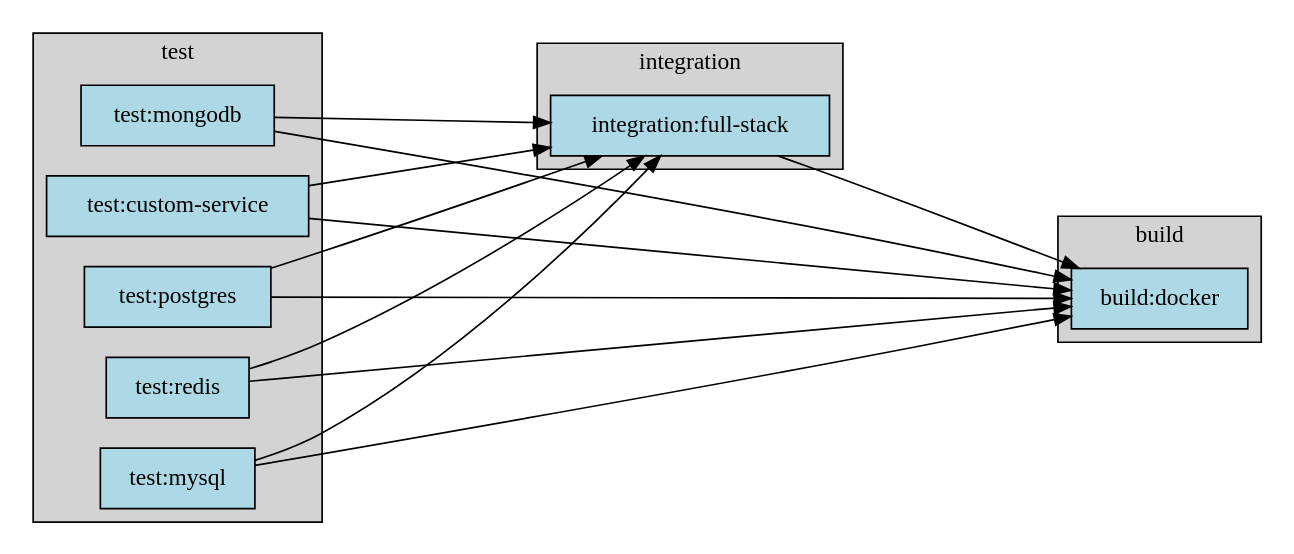
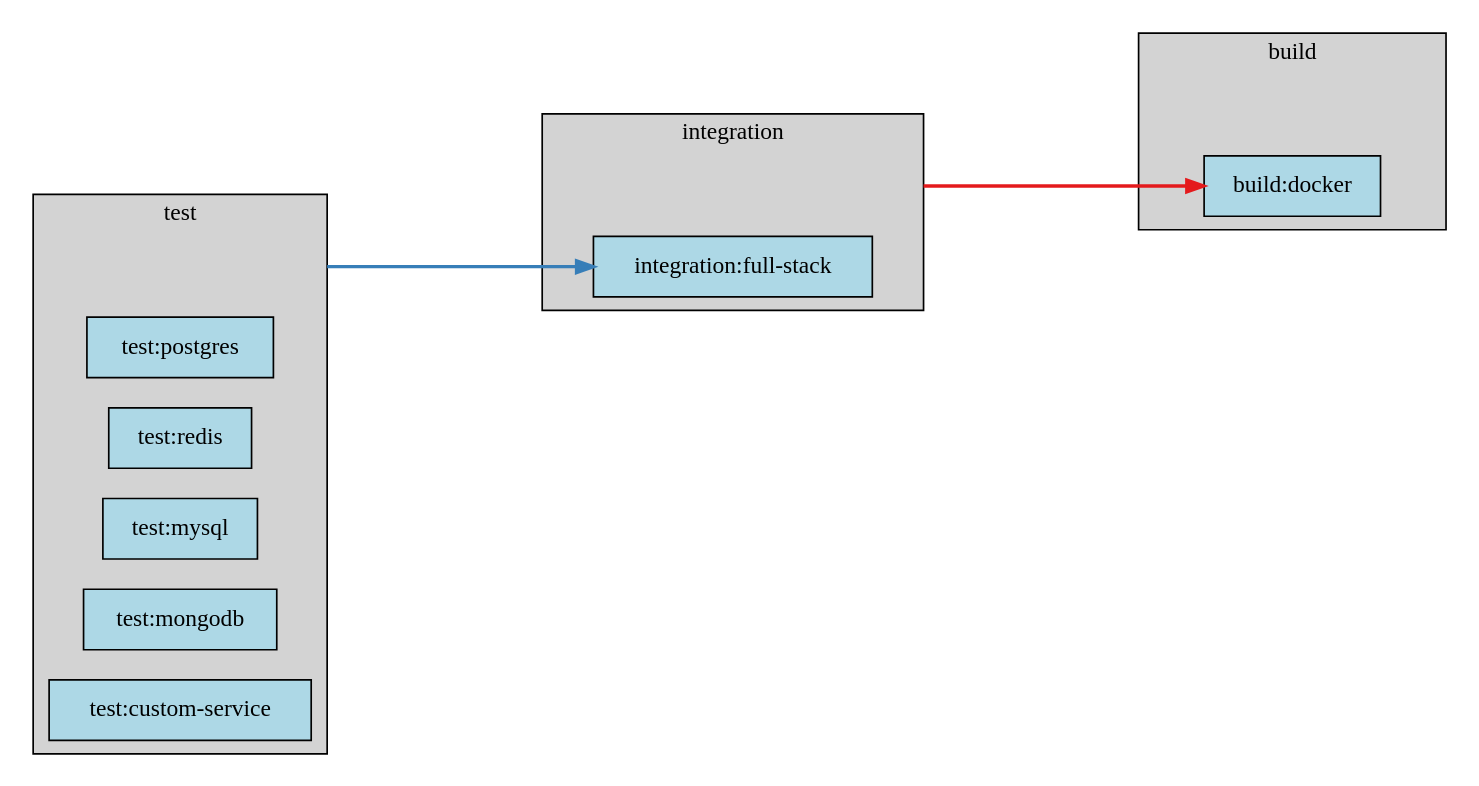
One commit to eisbaw/gitlab_local_ci changed the diagram in test_ci_projects/proj7.output_reference/dag.dot. Above: the diagram before and after it, drawn with Graphviz. The commit also changed 174 other files, not shown here.

```diff
--- a/test_ci_projects/proj7.output_reference/dag.dot
+++ b/test_ci_projects/proj7.output_reference/dag.dot
@@ -1,45 +1,43 @@
 digraph pipeline {
   rankdir="LR";
   ranksep=2;
+  compound=true;
   node [shape=box, style=filled, fillcolor=lightblue];
 
   subgraph cluster_test {
     label="test";
     style=filled;
     fillcolor=lightgrey;
+
+    __stage_anchor_test [style=invis, width=0, height=0];
 
     test_postgres [label="test:postgres", tooltip="---\nstage: test\nimage: ruby:3.2\nservices:\n- name: postgres:15\n  alias: db\nvariables:\n  POSTGRES_DB: test_database\n  POSTGRES_USER: test_user\n  POSTGRES_PASSWORD: test_password\n  DATABASE_URL: postgresql://test_user:test_password@db:5432/test_database\nscript:\n- apt-get update -qq && apt-get install -y postgresql-client\n- echo \"Testing PostgreSQL connection...\"\n- PGPASSWORD=$POSTGRES_PASSWORD psql -h db -U test_user -d test_database -c \"SELECT\n  version();\"\n- echo \"Running database migrations...\"\n- echo \"Running tests against database...\"\n"];
     test_redis [label="test:redis", tooltip="---\nstage: test\nimage: node:18\nservices:\n- name: redis:7-alpine\n  alias: cache\nvariables:\n  REDIS_URL: redis://cache:6379\nscript:\n- apt-get update -qq && apt-get install -y redis-tools\n- echo \"Testing Redis connection...\"\n- redis-cli -h cache ping\n- redis-cli -h cache SET test_key \"test_value\"\n- redis-cli -h cache GET test_key\n- echo \"Running cache integration tests...\"\n"];
     test_mysql [label="test:mysql", tooltip="---\nstage: test\nimage: ruby:3.2\nservices:\n- name: mysql:8.0\n  alias: mysql\nvariables:\n  MYSQL_ROOT_PASSWORD: root_password\n  MYSQL_DATABASE: test_db\n  MYSQL_USER: test_user\n  MYSQL_PASSWORD: test_pass\n  DATABASE_URL: mysql2://test_user:test_pass@mysql:3306/test_db\nscript:\n- apt-get update -qq && apt-get install -y default-mysql-client\n- echo \"Waiting for MySQL to be ready...\"\n- sleep 10\n- mysql -h mysql -u test_user -ptest_pass test_db -e \"SELECT 'MySQL connection successful';\"\n- echo \"Running MySQL tests...\"\n"];
     test_mongodb [label="test:mongodb", tooltip="---\nstage: test\nimage: node:18\nservices:\n- name: mongo:7\n  alias: mongodb\nvariables:\n  MONGODB_URL: mongodb://mongodb:27017/test_db\nscript:\n- apt-get update -qq && apt-get install -y curl gnupg\n- curl -fsSL https://www.mongodb.org/static/pgp/server-7.0.asc | gpg --dearmor -o\n  /usr/share/keyrings/mongodb-archive-keyring.gpg\n- echo \"deb [signed-by=/usr/share/keyrings/mongodb-archive-keyring.gpg] http://repo.mongodb.org/apt/debian\n  bullseye/mongodb-org/7.0 main\" | tee /etc/apt/sources.list.d/mongodb-org-7.0.list\n- apt-get update -qq && apt-get install -y mongodb-mongosh\n- echo \"Testing MongoDB connection...\"\n- mongosh $MONGODB_URL --eval \"db.version()\"\n- echo \"Running MongoDB tests...\"\n"];
     test_custom_service [label="test:custom-service", tooltip="---\nstage: test\nimage: alpine:3.19\nservices:\n- name: nginx:alpine\n  alias: webserver\n  entrypoint:\n  - nginx\n  - \"-g\"\n  - daemon off;\nscript:\n- apk add --no-cache curl\n- sleep 5\n- echo \"Testing custom service with entrypoint...\"\n- curl -f http://webserver:80 || echo \"Service is running\"\n"];
   }
 
   subgraph cluster_integration {
     label="integration";
     style=filled;
     fillcolor=lightgrey;
 
+    __stage_anchor_integration [style=invis, width=0, height=0];
+
     integration_full_stack [label="integration:full-stack", tooltip="---\nstage: integration\nimage: python:3.11\nservices:\n- name: postgres:15\n  alias: database\n- name: redis:7-alpine\n  alias: redis\n- name: elasticsearch:8.11.0\n  alias: search\n  command:\n  - bin/elasticsearch\n  - \"-Expack.security.enabled=false\"\nvariables:\n  POSTGRES_DB: app_db\n  POSTGRES_USER: app_user\n  POSTGRES_PASSWORD: app_pass\n  DATABASE_URL: postgresql://app_user:app_pass@database:5432/app_db\n  REDIS_URL: redis://redis:6379\n  ELASTICSEARCH_URL: http://search:9200\nscript:\n- pip install psycopg2-binary redis elasticsearch\n- echo \"Testing all service connections...\"\n- python -c \"import psycopg2; conn = psycopg2.connect('$DATABASE_URL'); print('PostgreSQL\n  OK')\"\n- python -c \"import redis; r = redis.from_url('$REDIS_URL'); r.ping(); print('Redis\n  OK')\"\n- sleep 10\n- python -c \"from elasticsearch import Elasticsearch; es = Elasticsearch(['$ELASTICSEARCH_URL']);\n  print('Elasticsearch OK')\"\n- echo \"Running full integration tests...\"\n"];
   }
 
   subgraph cluster_build {
     label="build";
     style=filled;
     fillcolor=lightgrey;
 
+    __stage_anchor_build [style=invis, width=0, height=0];
+
     build_docker [label="build:docker", tooltip="---\nstage: build\nimage: docker:24-cli\nservices:\n- name: docker:24-dind\n  alias: docker\nvariables:\n  DOCKER_HOST: tcp://docker:2376\n  DOCKER_TLS_CERTDIR: \"/certs\"\n  DOCKER_TLS_VERIFY: 1\n  DOCKER_CERT_PATH: \"$DOCKER_TLS_CERTDIR/client\"\n  IMAGE_TAG: \"$CI_COMMIT_SHORT_SHA\"\nscript:\n- echo \"Building Docker image...\"\n- docker info\n- |\n  cat > Dockerfile <<EOF\n  FROM alpine:3.19\n  RUN apk add --no-cache curl\n  CMD [\"echo\", \"Hello from Docker\"]\n  EOF\n- docker build -t test-app:$IMAGE_TAG .\n- docker images\n- docker run --rm test-app:$IMAGE_TAG\n- echo \"Docker build completed successfully\"\n"];
   }
 
-  test_postgres -> integration_full_stack;
-  test_redis -> integration_full_stack;
-  test_mysql -> integration_full_stack;
-  test_mongodb -> integration_full_stack;
-  test_custom_service -> integration_full_stack;
-  test_postgres -> build_docker;
-  test_redis -> build_docker;
-  integration_full_stack -> build_docker;
-  test_mysql -> build_docker;
-  test_mongodb -> build_docker;
-  test_custom_service -> build_docker;
+  __stage_anchor_test -> integration_full_stack [ltail=cluster_test, style=bold, color="#377EB8"];
+  __stage_anchor_integration -> build_docker [ltail=cluster_integration, style=bold, color="#E41A1C"];
 }
```
